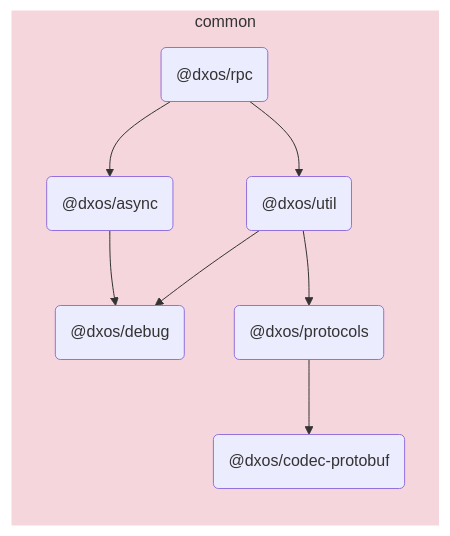
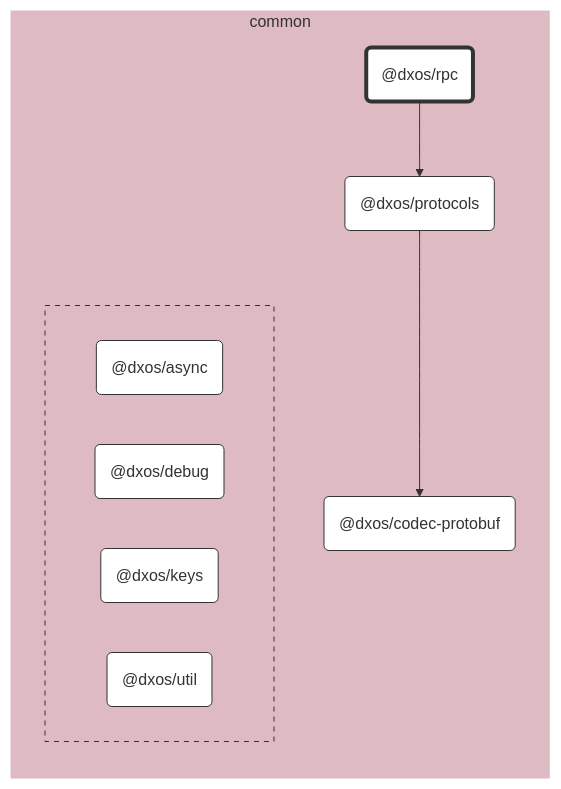
One commit to dxos/dxos changed the diagram in packages/common/rpc/docs/README.md. Above: the diagram before and after it, drawn with Mermaid. The commit also changed other lines of this file and 89 other files, not shown here.

````diff
--- a/packages/common/rpc/docs/README.md
+++ b/packages/common/rpc/docs/README.md
@@ -5,20 +7,50 @@
 ```mermaid
-flowchart LR;
+%%{ init: {'flowchart':{'curve':'basis'}} }%%
 
+flowchart LR
+
+%% Links
+dxos/protocols --> dxos/codec-protobuf;
+dxos/rpc --> dxos/protocols;
+
+%% Sections
 subgraph common
-  style common fill:#f5d6dd,stroke:#fff;
-  dxos/rpc("@dxos/rpc");
-  dxos/async("@dxos/async");
-  dxos/debug("@dxos/debug");
-  dxos/codec-protobuf("@dxos/codec-protobuf");
-  dxos/protocols("@dxos/protocols");
-  dxos/util("@dxos/util");
+  style common fill:#debac2,stroke:#fff;
+
+  dxos/codec-protobuf("@dxos/codec-protobuf")
+  dxos/protocols("@dxos/protocols")
+  dxos/rpc("@dxos/rpc")
+
+  subgraph common-excluded [ ]
+    style common-excluded fill:#debac2,stroke:#333,stroke-dasharray:5 5;
+
+    dxos/async("@dxos/async")
+    dxos/debug("@dxos/debug")
+    dxos/keys("@dxos/keys")
+    dxos/util("@dxos/util")
+  end
 end
 
-dxos/rpc --> dxos/async;
-dxos/async --> dxos/debug;
-dxos/protocols --> dxos/codec-protobuf;
-dxos/rpc --> dxos/util;
-dxos/util --> dxos/debug;
-dxos/util --> dxos/protocols;
+
+%% Hyperlinks
+click dxos/async "dxos/dxos/tree/main/packages/common/async/docs";
+click dxos/codec-protobuf "dxos/dxos/tree/main/packages/common/codec-protobuf/docs";
+click dxos/debug "dxos/dxos/tree/main/packages/common/debug/docs";
+click dxos/keys "dxos/dxos/tree/main/packages/common/keys/docs";
+click dxos/protocols "dxos/dxos/tree/main/packages/common/protocols/docs";
+click dxos/util "dxos/dxos/tree/main/packages/common/util/docs";
+
+%% Styles
+classDef rootNode fill:#fff,stroke:#333,stroke-width:4px
+classDef defaultNode fill:#fff,stroke:#333,stroke-width:1px
+linkStyle default stroke:#333,stroke-width:1px
+
+dxos/rpc:::rootNode
+
+dxos/async:::defaultNode
+dxos/codec-protobuf:::defaultNode
+dxos/debug:::defaultNode
+dxos/keys:::defaultNode
+dxos/protocols:::defaultNode
+dxos/util:::defaultNode
 ```
````
